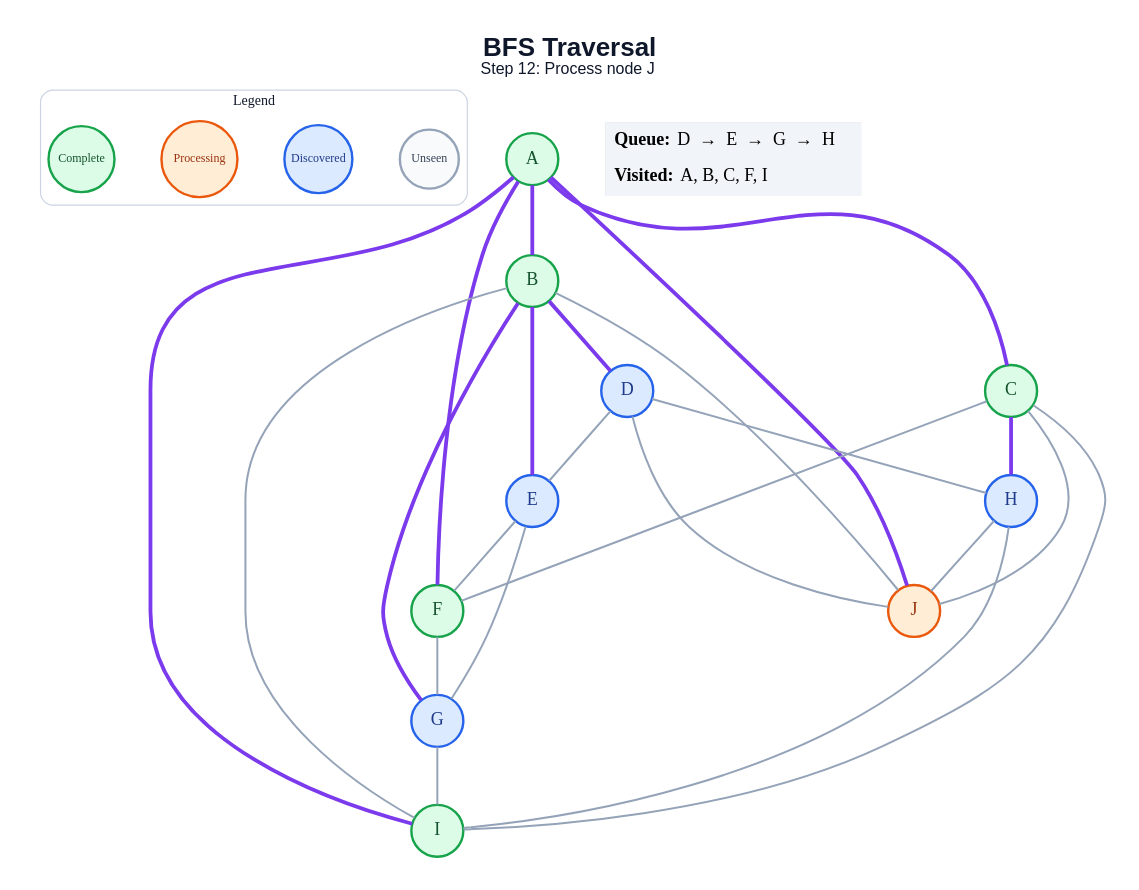
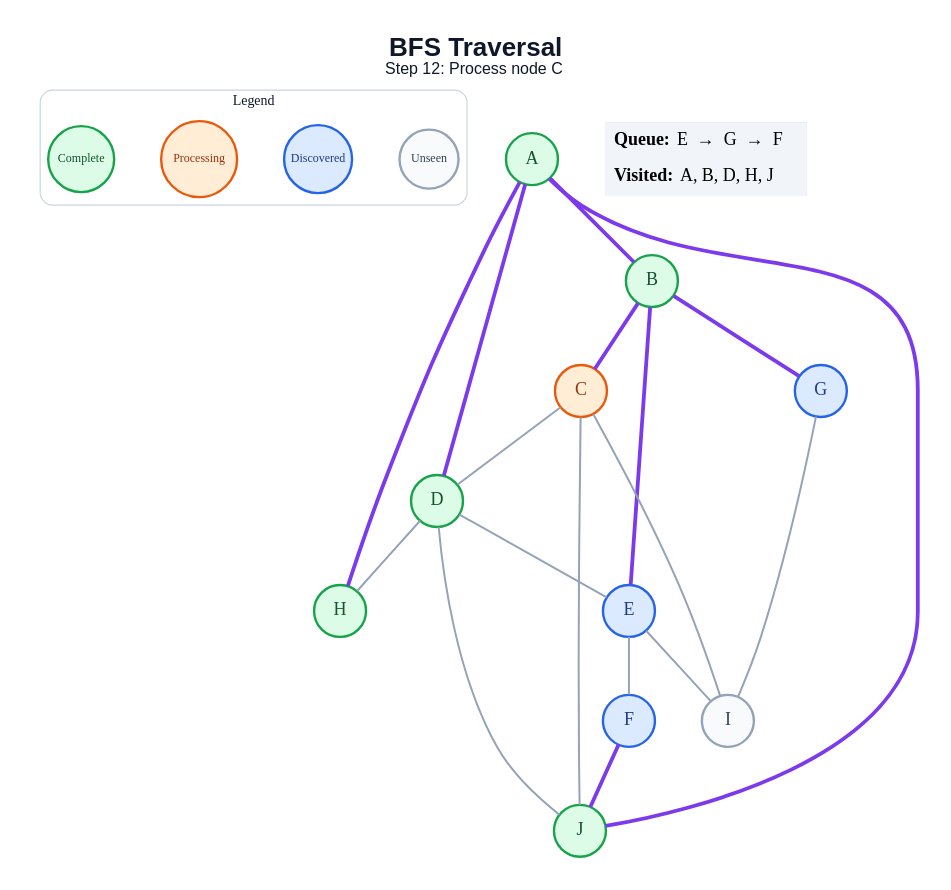
One commit to amanghodawala9/ai-slop changed the diagram in generated/bfs/step_12.dot. Above: the diagram before and after it, drawn with Graphviz. The commit also changed 178 other files, not shown here.

```diff
--- a/generated/bfs/step_12.dot
+++ b/generated/bfs/step_12.dot
@@ -1,52 +1,46 @@
 graph traversal {
   graph [layout=dot, rankdir=TB, bgcolor="#FFFFFF", pad="0.35", nodesep="0.65", ranksep="0.8", fontname="Arial"];
   node [shape=circle, style="filled", fontname="Arial Bold", fontsize=18, width=0.72, fixedsize=true, penwidth=2.4];
   edge [color="#94A3B8", penwidth=2.0];
-  label=<<B>BFS Traversal</B><BR/><FONT POINT-SIZE="16">Step 12: Process node J</FONT>>; labelloc="t"; fontsize=26; fontname="Arial"; fontcolor="#0F172A";
+  label=<<B>BFS Traversal</B><BR/><FONT POINT-SIZE="16">Step 12: Process node C</FONT>>; labelloc="t"; fontsize=26; fontname="Arial"; fontcolor="#0F172A";
   subgraph cluster_legend { label="Legend"; color="#CBD5E1"; penwidth=1.2; style="rounded"; fontsize=14; fontname="Arial Bold";
     key_unseen [label="Unseen", fillcolor="#F8FAFC", color="#94A3B8", fontcolor="#334155", fontsize=12, width=0.82];
     key_frontier [label="Discovered", fillcolor="#DBEAFE", color="#2563EB", fontcolor="#1E3A8A", fontsize=12, width=0.95];
     key_current [label="Processing", fillcolor="#FFEDD5", color="#EA580C", fontcolor="#9A3412", fontsize=12, width=1.05];
     key_done [label="Complete", fillcolor="#DCFCE7", color="#16A34A", fontcolor="#14532D", fontsize=12, width=0.92];
     { rank=same; key_unseen; key_frontier; key_current; key_done; }
   }
   A [fillcolor="#DCFCE7", color="#16A34A", fontcolor="#14532D"];
   B [fillcolor="#DCFCE7", color="#16A34A", fontcolor="#14532D"];
-  C [fillcolor="#DCFCE7", color="#16A34A", fontcolor="#14532D"];
-  D [fillcolor="#DBEAFE", color="#2563EB", fontcolor="#1E3A8A"];
+  C [fillcolor="#FFEDD5", color="#EA580C", fontcolor="#9A3412"];
+  D [fillcolor="#DCFCE7", color="#16A34A", fontcolor="#14532D"];
   E [fillcolor="#DBEAFE", color="#2563EB", fontcolor="#1E3A8A"];
-  F [fillcolor="#DCFCE7", color="#16A34A", fontcolor="#14532D"];
+  F [fillcolor="#DBEAFE", color="#2563EB", fontcolor="#1E3A8A"];
   G [fillcolor="#DBEAFE", color="#2563EB", fontcolor="#1E3A8A"];
-  H [fillcolor="#DBEAFE", color="#2563EB", fontcolor="#1E3A8A"];
-  I [fillcolor="#DCFCE7", color="#16A34A", fontcolor="#14532D"];
-  J [fillcolor="#FFEDD5", color="#EA580C", fontcolor="#9A3412"];
+  H [fillcolor="#DCFCE7", color="#16A34A", fontcolor="#14532D"];
+  I [fillcolor="#F8FAFC", color="#94A3B8", fontcolor="#334155"];
+  J [fillcolor="#DCFCE7", color="#16A34A", fontcolor="#14532D"];
   A -- B [color="#7C3AED", penwidth=3.8];
-  A -- C [color="#7C3AED", penwidth=3.8];
-  A -- F [color="#7C3AED", penwidth=3.8];
-  A -- I [color="#7C3AED", penwidth=3.8];
+  A -- D [color="#7C3AED", penwidth=3.8];
+  A -- H [color="#7C3AED", penwidth=3.8];
   A -- J [color="#7C3AED", penwidth=3.8];
-  B -- D [color="#7C3AED", penwidth=3.8];
+  B -- C [color="#7C3AED", penwidth=3.8];
   B -- E [color="#7C3AED", penwidth=3.8];
   B -- G [color="#7C3AED", penwidth=3.8];
-  B -- I;
-  B -- J;
-  C -- F;
-  C -- H [color="#7C3AED", penwidth=3.8];
+  C -- D;
   C -- I;
   C -- J;
   D -- E;
   D -- H;
   D -- J;
   E -- F;
-  E -- G;
-  F -- G;
+  E -- I;
+  F -- J [color="#7C3AED", penwidth=3.8];
   G -- I;
-  H -- I;
-  H -- J;
   status [shape=plain, fixedsize=false, width=0, height=0, margin=0, label=<
     <TABLE BORDER="0" CELLBORDER="0" CELLPADDING="7" BGCOLOR="#F1F5F9">
-      <TR><TD ALIGN="LEFT"><B>Queue:</B> D  →  E  →  G  →  H</TD></TR>
-      <TR><TD ALIGN="LEFT"><B>Visited:</B> A, B, C, F, I</TD></TR>
+      <TR><TD ALIGN="LEFT"><B>Queue:</B> E  →  G  →  F</TD></TR>
+      <TR><TD ALIGN="LEFT"><B>Visited:</B> A, B, D, H, J</TD></TR>
     </TABLE>
   >];
 }
```
